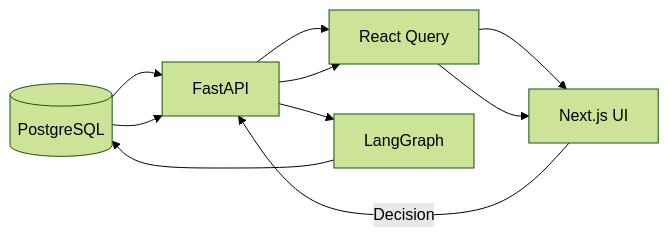
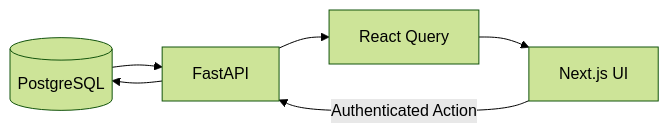
Diagram 15 of 23 in README.md (ChibuezeWilly/AI-Powered-Financial-Close-System), drawn with Mermaid (forest theme) before and after one commit. The commit also changed other lines of this file and 28 other files, not shown here.

````diff
--- a/README.md
+++ b/README.md
@@ -1736,23 +2136,18 @@
 ```mermaid
-
 flowchart LR
 
-    DB[(PostgreSQL)] --> API[FastAPI]
+    PG[(PostgreSQL)]
 
-    API --> RQ[React Query]
+    API[FastAPI]
 
-    RQ --> UI[Next.js UI]
+    RQ[React Query]
 
-    UI -->|Decision| API
+    UI[Next.js UI]
 
-    API --> LG[LangGraph]
+    PG --> API
+    API --> RQ
+    RQ --> UI
 
-    LG --> DB
-
-    DB --> API
-
-    API --> RQ
-
-    RQ --> UI
-
+    UI -->|Authenticated Action| API
+    API --> PG
 ```
````
